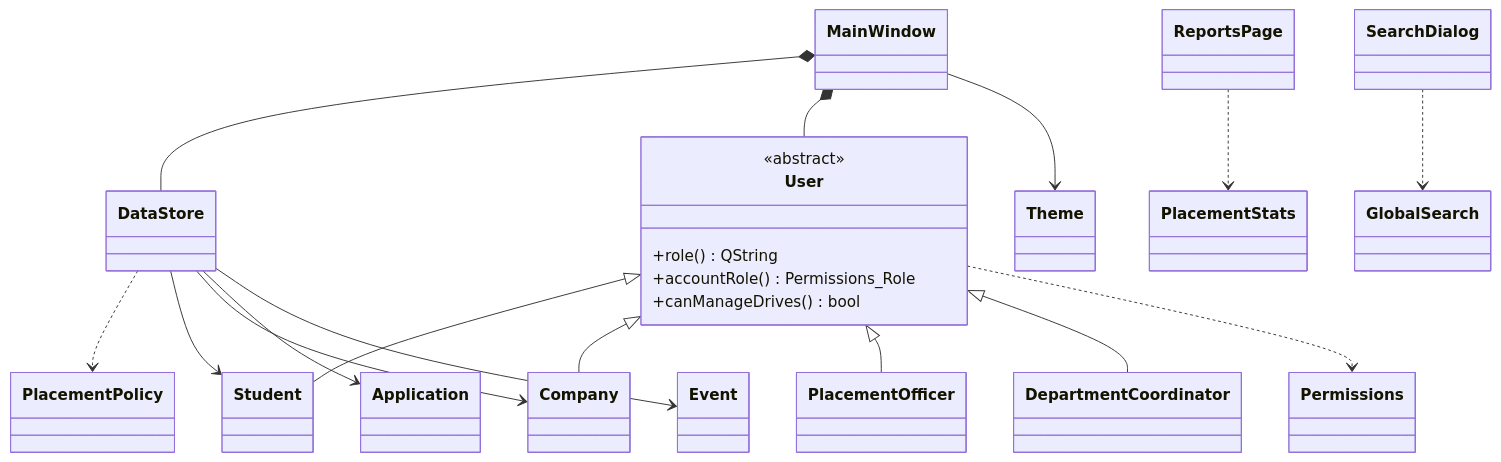
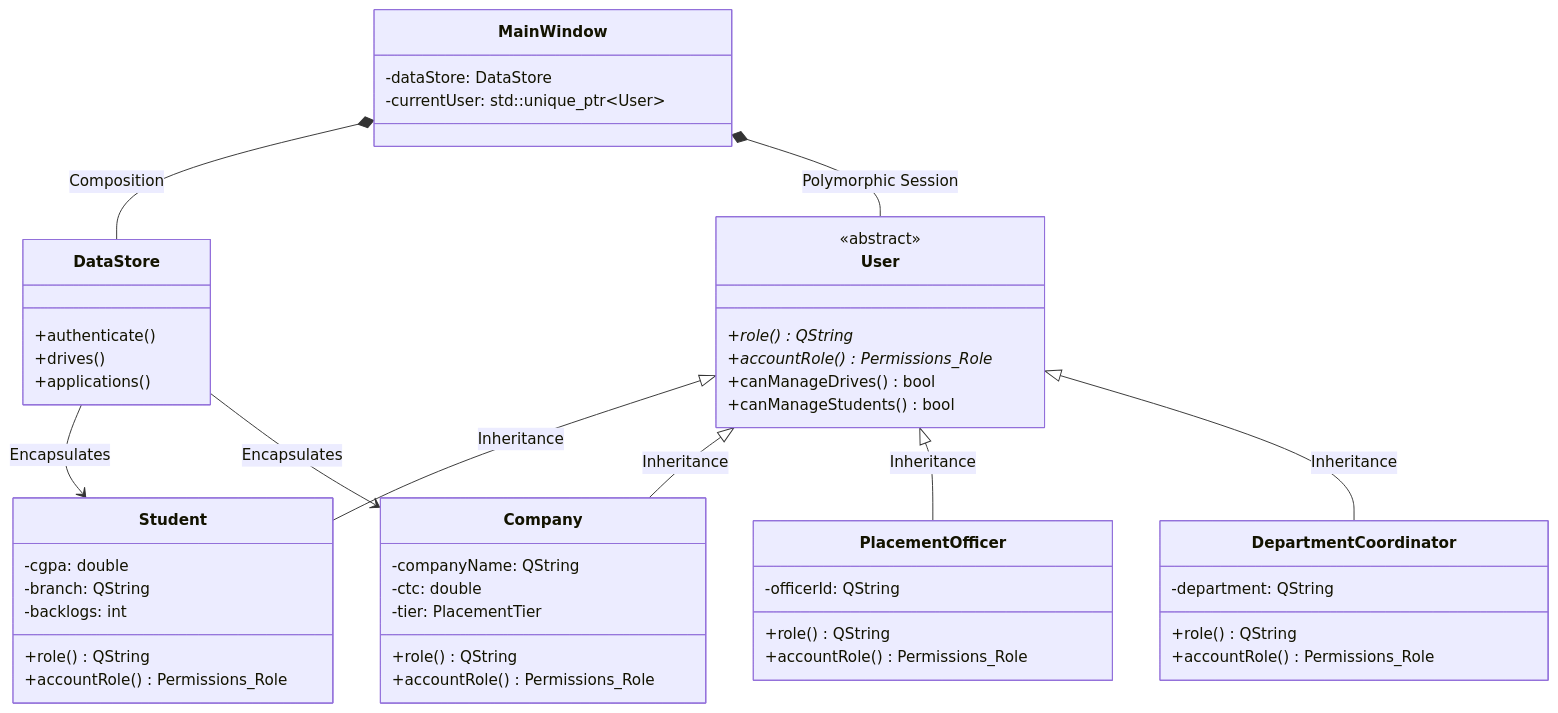
Before and after one commit to tiwariprachi3007/PlaceBridge---a-campus-placement-management-system: the diagram in README.md, drawn with Mermaid. The commit also changed other lines of this file and 3 other files, not shown here.

Commit message:
docs: enhance README with architecture badges and real UI screenshots

````diff
--- a/README.md
+++ b/README.md
@@ -110,24 +86,54 @@
 ```mermaid
 classDiagram
     class User {
         <<abstract>>
+        +role() QString*
+        +accountRole() Permissions_Role*
+        +canManageDrives() bool
+        +canManageStudents() bool
+    }
+    class Student {
+        -cgpa: double
+        -branch: QString
+        -backlogs: int
         +role() QString
         +accountRole() Permissions_Role
-        +canManageDrives() bool
     }
-    User <|-- Student
-    User <|-- Company
-    User <|-- PlacementOfficer
-    User <|-- DepartmentCoordinator
-    User ..> Permissions
-    DataStore ..> PlacementPolicy
-    ReportsPage ..> PlacementStats
-    SearchDialog ..> GlobalSearch
-    MainWindow *-- DataStore
-    MainWindow *-- User
-    MainWindow --> Theme
-    DataStore --> Student
-    DataStore --> Company
-    DataStore --> Application
-    DataStore --> Event
+    class Company {
+        -companyName: QString
+        -ctc: double
+        -tier: PlacementTier
+        +role() QString
+        +accountRole() Permissions_Role
+    }
+    class PlacementOfficer {
+        -officerId: QString
+        +role() QString
+        +accountRole() Permissions_Role
+    }
+    class DepartmentCoordinator {
+        -department: QString
+        +role() QString
+        +accountRole() Permissions_Role
+    }
+
+    User <|-- Student : Inheritance
+    User <|-- Company : Inheritance
+    User <|-- PlacementOfficer : Inheritance
+    User <|-- DepartmentCoordinator : Inheritance
+
+    class MainWindow {
+        -dataStore: DataStore
+        -currentUser: std::unique_ptr~User~
+    }
+    MainWindow *-- DataStore : Composition
+    MainWindow *-- User : Polymorphic Session
+
+    class DataStore {
+        +authenticate()
+        +drives()
+        +applications()
+    }
+    DataStore --> Student : Encapsulates
+    DataStore --> Company : Encapsulates
 ```
````
